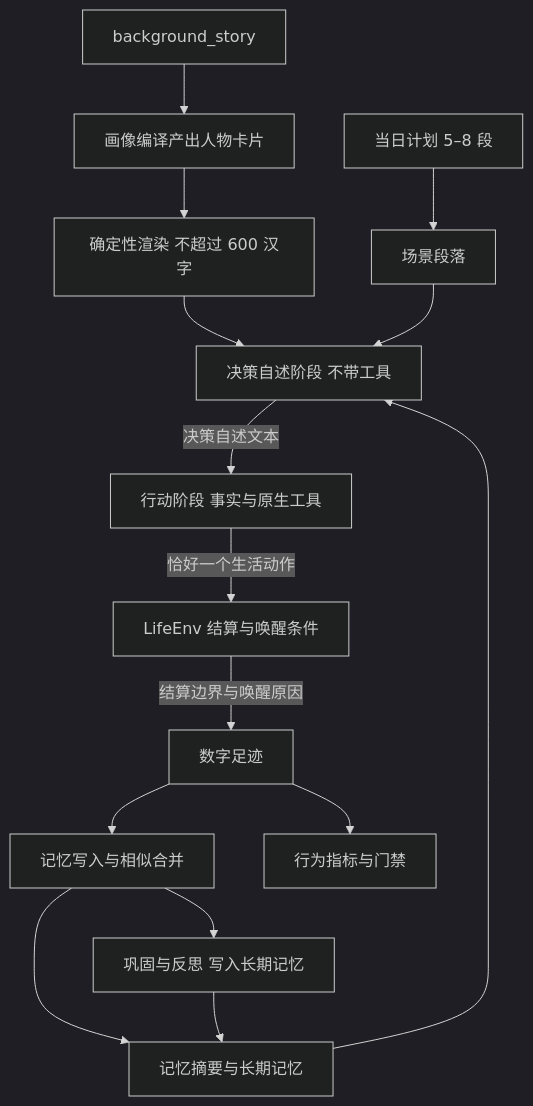
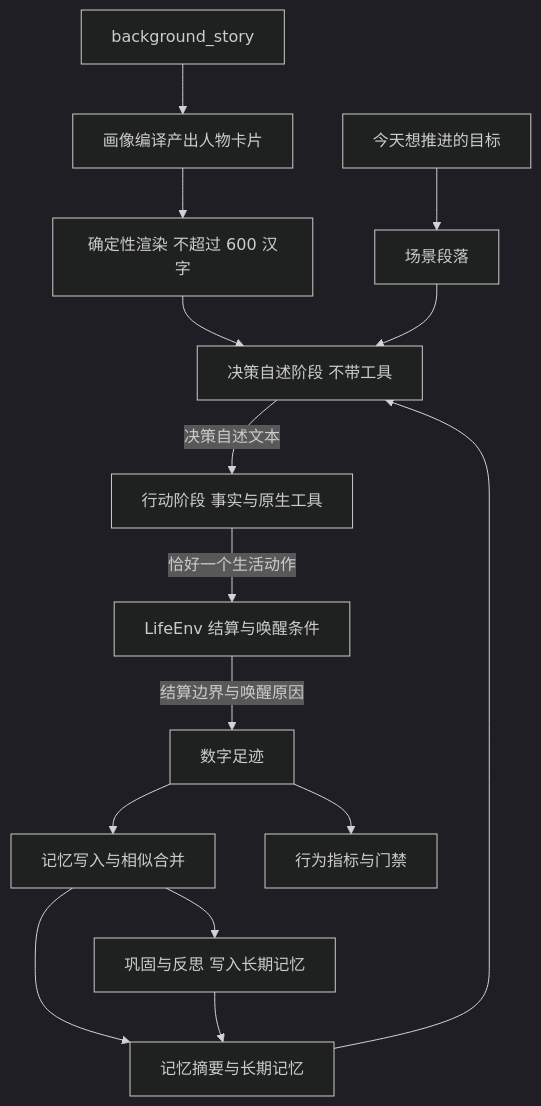
Before and after one commit to HoldThatThgt/WorldMock: the first of 3 diagrams in docs/dev/SPEC-life-realism.md, drawn with Mermaid (dark theme). The commit also changed other lines of this file and 53 other files, not shown here.

````diff
--- a/docs/dev/SPEC-life-realism.md
+++ b/docs/dev/SPEC-life-realism.md
@@ -31,17 +31,17 @@
 ```mermaid
 flowchart TD
     BS[background_story] --> PC[画像编译产出人物卡片]
     PC --> TXT[确定性渲染 不超过 600 汉字]
     TXT --> MONO[决策自述阶段 不带工具]
     SCENE[场景段落] --> MONO
     MEM[记忆摘要与长期记忆] --> MONO
     MONO -->|决策自述文本| ACT[行动阶段 事实与原生工具]
     ACT -->|恰好一个生活动作| ENV[LifeEnv 结算与唤醒条件]
-    PLAN[当日计划 5–8 段] --> SCENE
+    PLAN[今天想推进的目标] --> SCENE
     ENV -->|结算边界与唤醒原因| FOOT[数字足迹]
     FOOT --> WRITE[记忆写入与相似合并]
     WRITE --> MEM
     WRITE --> CONSO[巩固与反思 写入长期记忆]
     CONSO --> MEM
     FOOT --> METRIC[行为指标与门禁]
 ```
````
